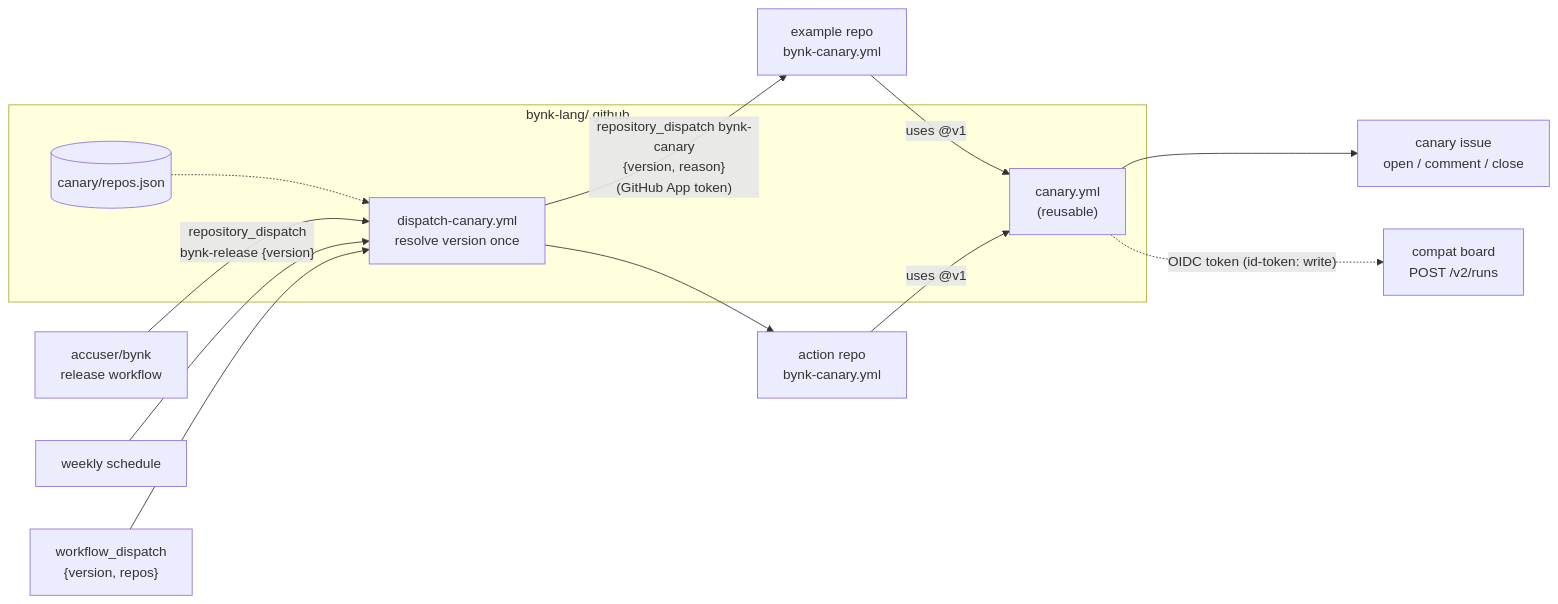
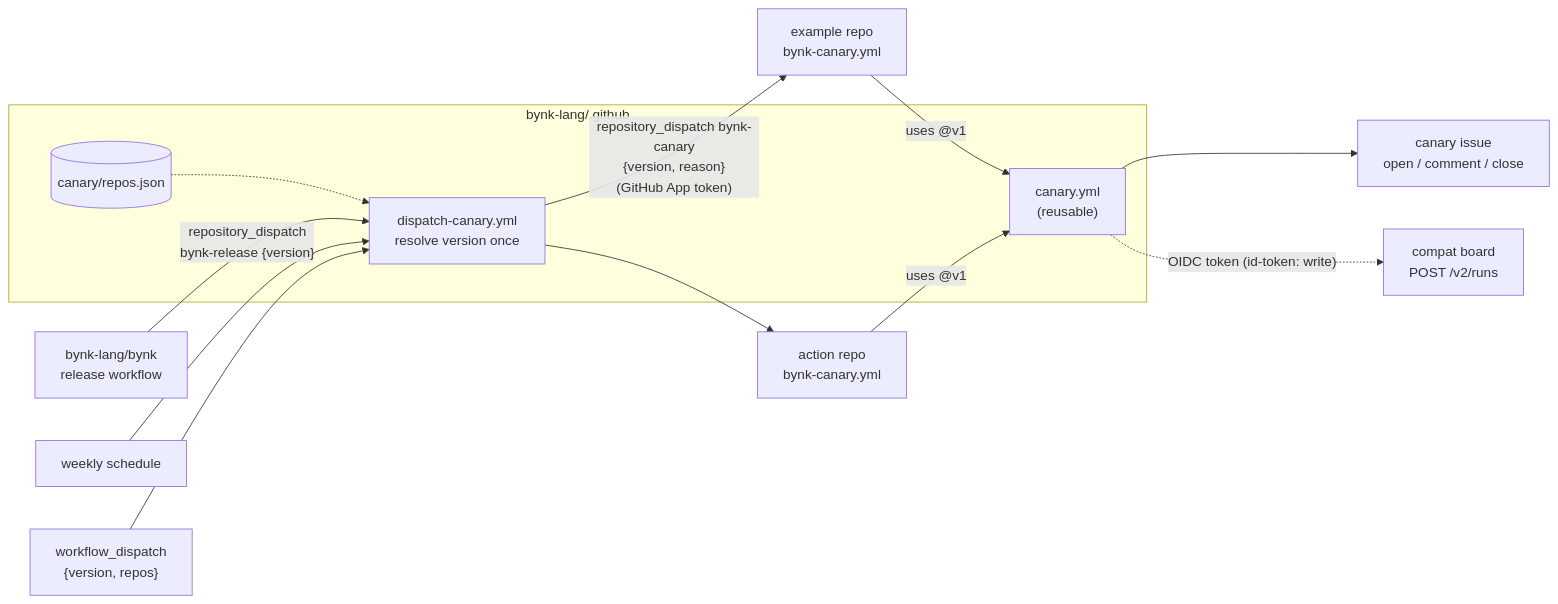
The diagram in canary/README.md (bynk-lang/.github), drawn with Mermaid before and after one commit. The commit also changed other lines of this file and 5 other files, not shown here.

Commit message:
Update references to bynk-lang/bynk in workflows and documentation

````diff
--- a/canary/README.md
+++ b/canary/README.md
@@ -9,18 +9,18 @@
 ```mermaid
 flowchart LR
-  bynk["accuser/bynk<br/>release workflow"] -- "repository_dispatch<br/>bynk-release {version}" --> D
+  bynk["bynk-lang/bynk<br/>release workflow"] -- "repository_dispatch<br/>bynk-release {version}" --> D
   cron["weekly schedule"] --> D
   hand["workflow_dispatch<br/>{version, repos}"] --> D
   subgraph org [bynk-lang/.github]
     D["dispatch-canary.yml<br/>resolve version once"]
     R[("canary/repos.json")]
     C["canary.yml<br/>(reusable)"]
     R -.-> D
   end
   D -- "repository_dispatch bynk-canary<br/>{version, reason}<br/>(GitHub App token)" --> E1["example repo<br/>bynk-canary.yml"]
   D -- " " --> E2["action repo<br/>bynk-canary.yml"]
   E1 -- "uses @v1" --> C
   E2 -- "uses @v1" --> C
   C --> I["canary issue<br/>open / comment / close"]
   C -. "OIDC token (id-token: write)" .-> B["compat board<br/>POST /v2/runs"]
 ```
````
